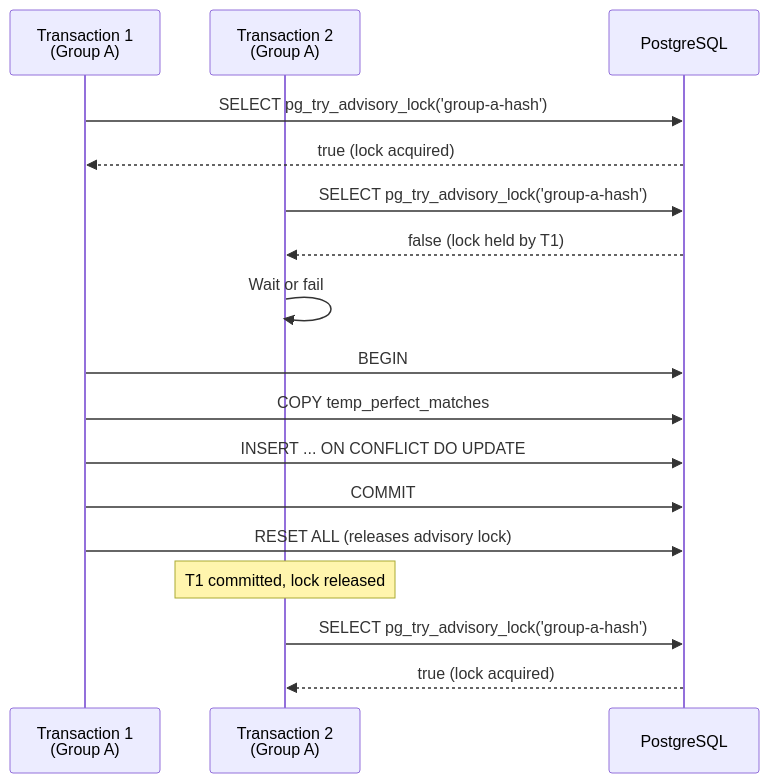
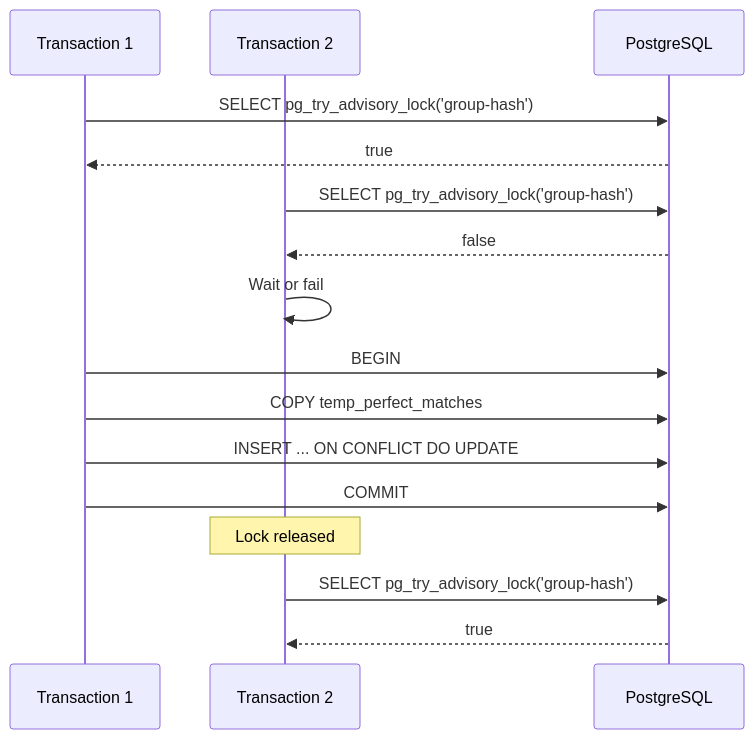
Before and after one commit to kagit00/schedule_x: diagram 19 of 20 in docs/Low Level Designs/ScheduledPerfectMatchesCreation.md, drawn with Mermaid. The commit also changed other lines of this file and 7 other files, not shown here.

````diff
--- a/docs/Low Level Designs/ScheduledPerfectMatchesCreation.md
+++ b/docs/Low Level Designs/ScheduledPerfectMatchesCreation.md
@@ -1008,23 +807,22 @@
 ```mermaid
 sequenceDiagram
-    participant T1 as Transaction 1<br/>(Group A)
-    participant T2 as Transaction 2<br/>(Group A)
+    participant T1 as Transaction 1
+    participant T2 as Transaction 2
     participant PG as PostgreSQL
     
-    T1->>PG: SELECT pg_try_advisory_lock('group-a-hash')
-    PG-->>T1: true (lock acquired)
+    T1->>PG: SELECT pg_try_advisory_lock('group-hash')
+    PG-->>T1: true
     
-    T2->>PG: SELECT pg_try_advisory_lock('group-a-hash')
-    PG-->>T2: false (lock held by T1)
+    T2->>PG: SELECT pg_try_advisory_lock('group-hash')
+    PG-->>T2: false
     T2->>T2: Wait or fail
     
     T1->>PG: BEGIN
     T1->>PG: COPY temp_perfect_matches
     T1->>PG: INSERT ... ON CONFLICT DO UPDATE
     T1->>PG: COMMIT
-    T1->>PG: RESET ALL (releases advisory lock)
     
-    Note over T2: T1 committed, lock released
-    T2->>PG: SELECT pg_try_advisory_lock('group-a-hash')
-    PG-->>T2: true (lock acquired)
+    Note over T2: Lock released
+    T2->>PG: SELECT pg_try_advisory_lock('group-hash')
+    PG-->>T2: true
 ```
````
